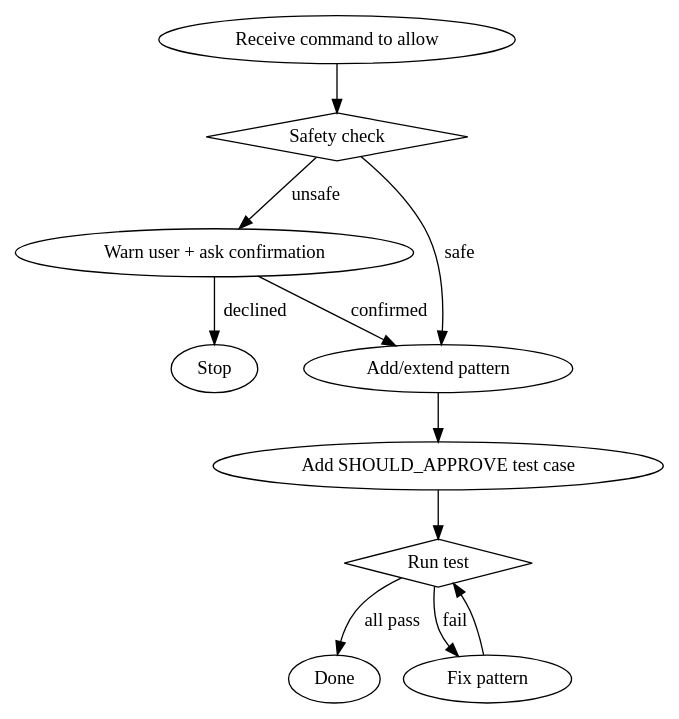
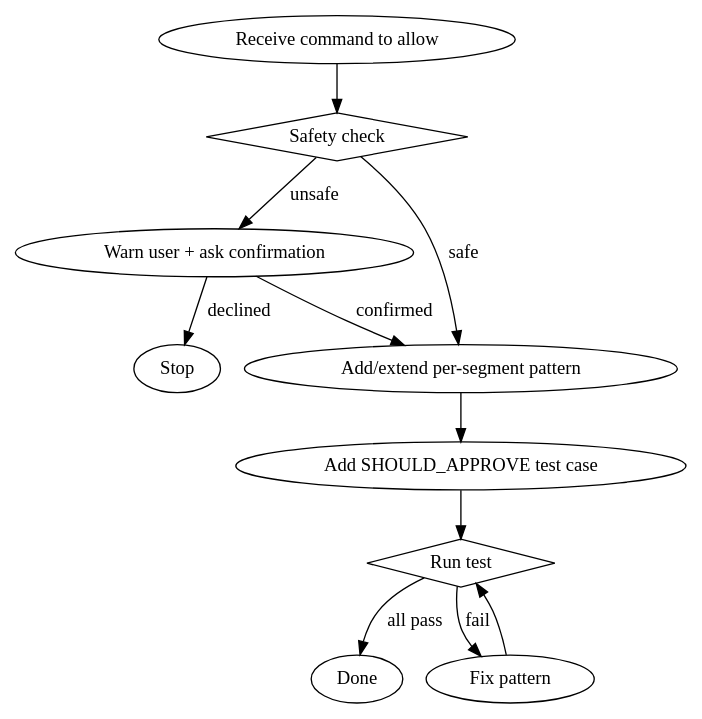
The diagram in plugins/pre-use-allow/skills/pre-use-allow/SKILL.md (nshvyryaev/claude-marketplace), drawn with Graphviz before and after one commit. The commit also changed other lines of this file and 24 other files, not shown here.

````diff
--- a/plugins/pre-use-allow/skills/pre-use-allow/SKILL.md
+++ b/plugins/pre-use-allow/skills/pre-use-allow/SKILL.md
@@ -18,16 +29,16 @@
 ```dot
 digraph flow {
   "Receive command to allow" -> "Safety check";
   "Safety check" [shape=diamond];
   "Safety check" -> "Warn user + ask confirmation" [label="unsafe"];
-  "Safety check" -> "Add/extend pattern" [label="safe"];
-  "Warn user + ask confirmation" -> "Add/extend pattern" [label="confirmed"];
+  "Safety check" -> "Add/extend per-segment pattern" [label="safe"];
+  "Warn user + ask confirmation" -> "Add/extend per-segment pattern" [label="confirmed"];
   "Warn user + ask confirmation" -> "Stop" [label="declined"];
-  "Add/extend pattern" -> "Add SHOULD_APPROVE test case";
+  "Add/extend per-segment pattern" -> "Add SHOULD_APPROVE test case";
   "Add SHOULD_APPROVE test case" -> "Run test";
   "Run test" [shape=diamond];
   "Run test" -> "Done" [label="all pass"];
   "Run test" -> "Fix pattern" [label="fail"];
   "Fix pattern" -> "Run test";
 }
 ```
````
